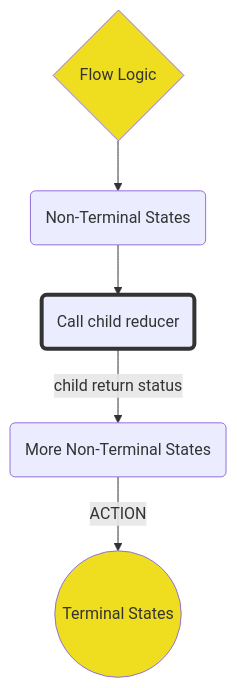
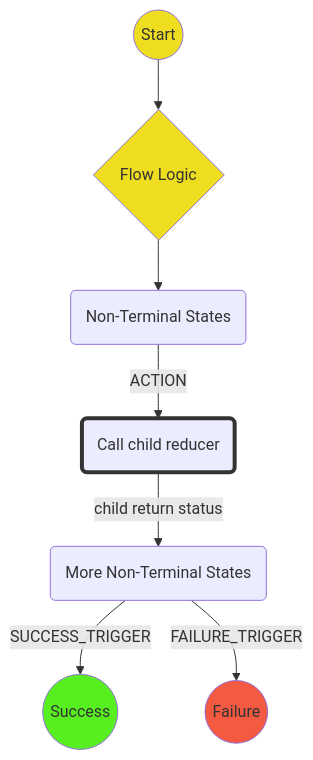
One commit to magmo/apps changed the second of 2 diagrams in packages/wallet/src/redux/protocols/concluding/readme.md. Above: the diagram before and after it, drawn with Mermaid. The commit also changed 1 other file, not shown here.

Commit message:
Color defunding readme mermaid diagram

````diff
--- a/packages/wallet/src/redux/protocols/concluding/readme.md
+++ b/packages/wallet/src/redux/protocols/concluding/readme.md
@@ -46,11 +46,17 @@
 ```mermaid
-graph TD
-L{Flow Logic} --> NT1(Non-Terminal States)
-NT1 --> C
-C(Call child reducer) -->|child return status| NT2
-NT2(More Non-Terminal States) --> |ACTION| T
-T((Terminal States))
-  style T  fill:#efdd20
+  graph TD
+  St((Start))-->L
+  L{Flow Logic} --> NT1(Non-Terminal States)
+  NT1 -->|ACTION| C
+  C(Call child reducer) -->|child return status| NT2
+  NT2(More Non-Terminal States) --> |SUCCESS_TRIGGER| Su
+  Su((Success))
+  NT2(More Non-Terminal States) --> |FAILURE_TRIGGER| F
+  F((Failure))
+
+  style St  fill:#efdd20
   style L fill:#efdd20
   style C stroke:#333,stroke-width:4px
+  style Su fill:#58ef21
+  style F  fill:#f45941
 ```
````
